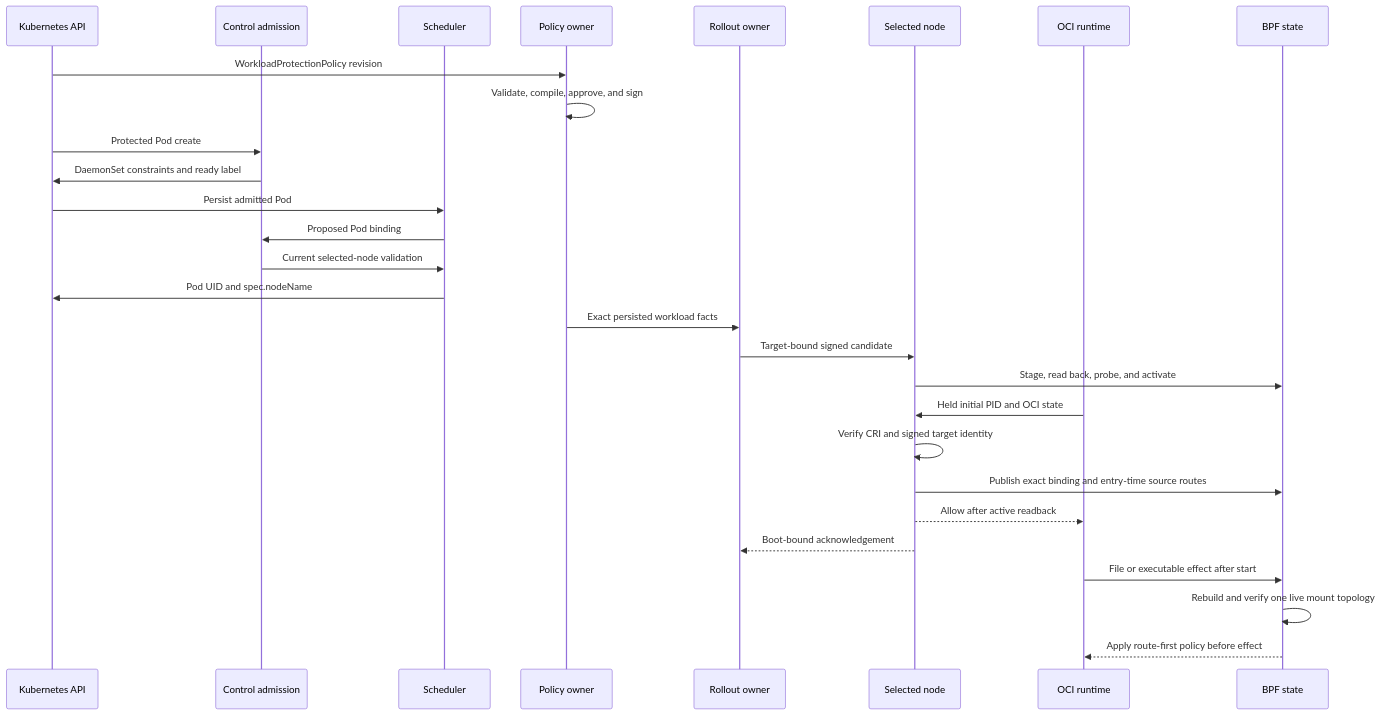
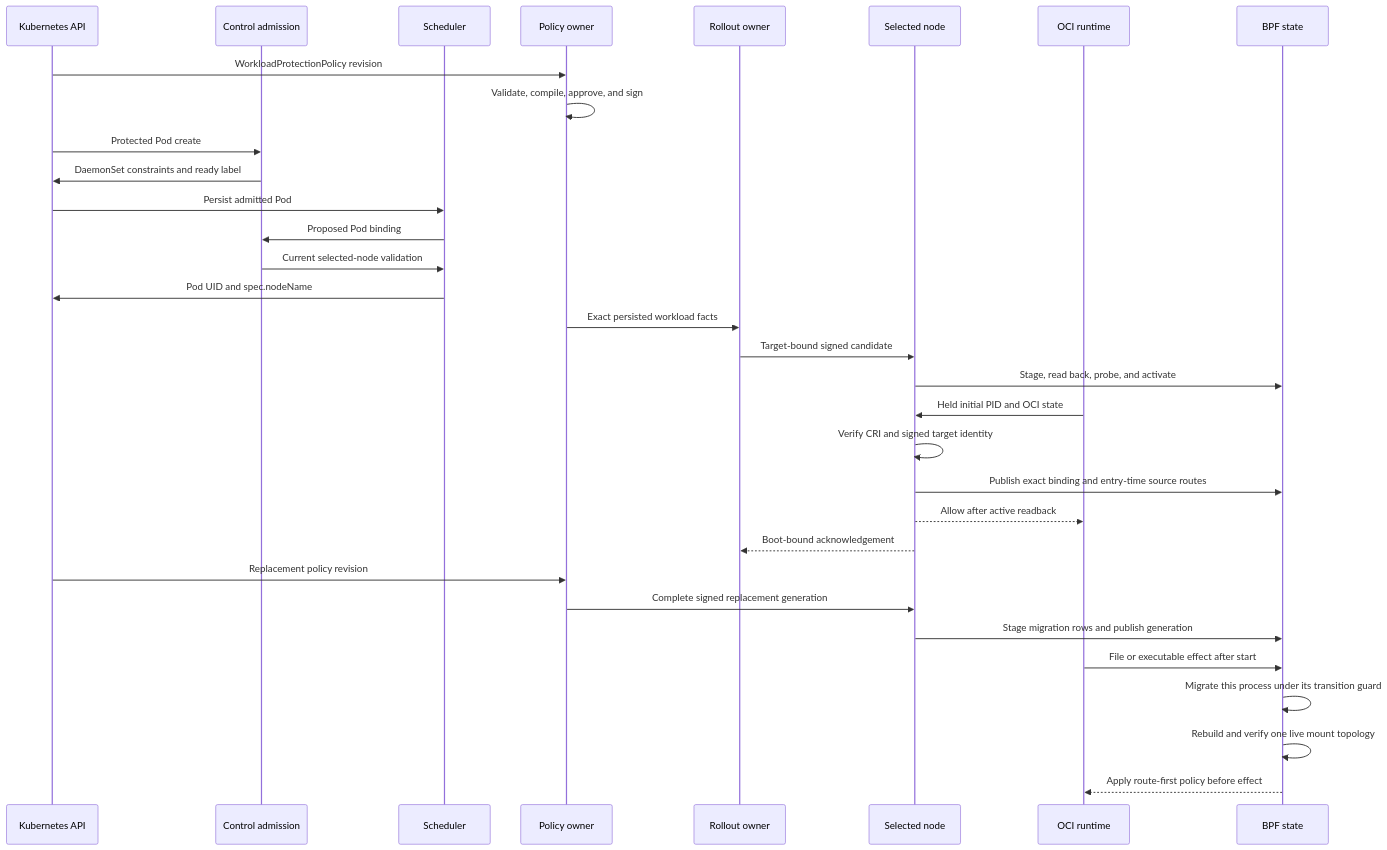
The first of 5 diagrams in docs/plans/mithril-hugging-face-intrusion-prevention/phase-6-2-implementation-review.md (Ereborlabs/erebor-runtime), drawn with Mermaid before and after one commit. The commit also changed other lines of this file and 42 other files, not shown here.

First line of the commit message:
feat(mithril): migrate live policy generations

````diff
--- a/docs/plans/mithril-hugging-face-intrusion-prevention/phase-6-2-implementation-review.md
+++ b/docs/plans/mithril-hugging-face-intrusion-prevention/phase-6-2-implementation-review.md
@@ -152,30 +158,34 @@
 ```mermaid
 sequenceDiagram
     participant API as Kubernetes API
     participant Admission as Control admission
     participant Scheduler as Scheduler
     participant Desired as Policy owner
     participant Rollout as Rollout owner
     participant Node as Selected node
     participant Runtime as OCI runtime
     participant Kernel as BPF state
     API->>Desired: WorkloadProtectionPolicy revision
     Desired->>Desired: Validate, compile, approve, and sign
     API->>Admission: Protected Pod create
     Admission->>API: DaemonSet constraints and ready label
     API->>Scheduler: Persist admitted Pod
     Scheduler->>Admission: Proposed Pod binding
     Admission->>Scheduler: Current selected-node validation
     Scheduler->>API: Pod UID and spec.nodeName
     Desired->>Rollout: Exact persisted workload facts
     Rollout->>Node: Target-bound signed candidate
     Node->>Kernel: Stage, read back, probe, and activate
     Runtime->>Node: Held initial PID and OCI state
     Node->>Node: Verify CRI and signed target identity
     Node->>Kernel: Publish exact binding and entry-time source routes
     Node-->>Runtime: Allow after active readback
     Node-->>Rollout: Boot-bound acknowledgement
+    API->>Desired: Replacement policy revision
+    Desired->>Node: Complete signed replacement generation
+    Node->>Kernel: Stage migration rows and publish generation
     Runtime->>Kernel: File or executable effect after start
+    Kernel->>Kernel: Migrate this process under its transition guard
     Kernel->>Kernel: Rebuild and verify one live mount topology
     Kernel-->>Runtime: Apply route-first policy before effect
 ```
````
